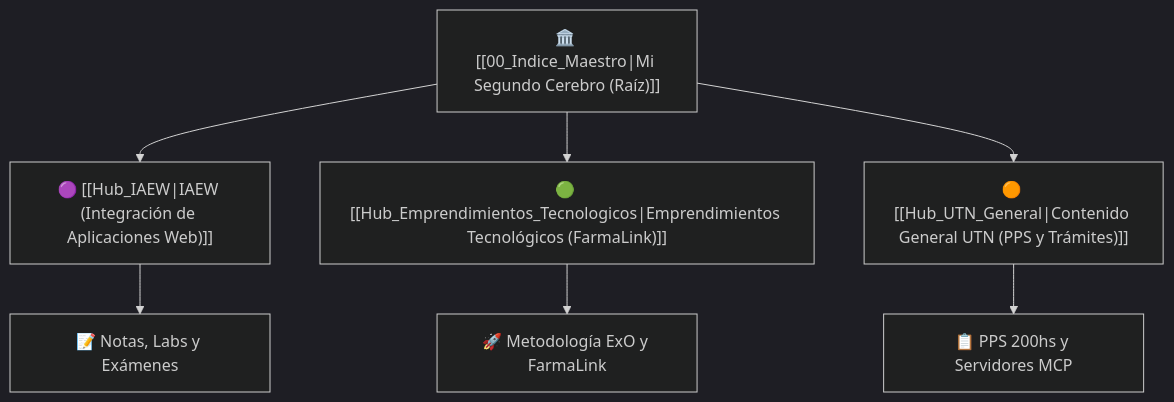
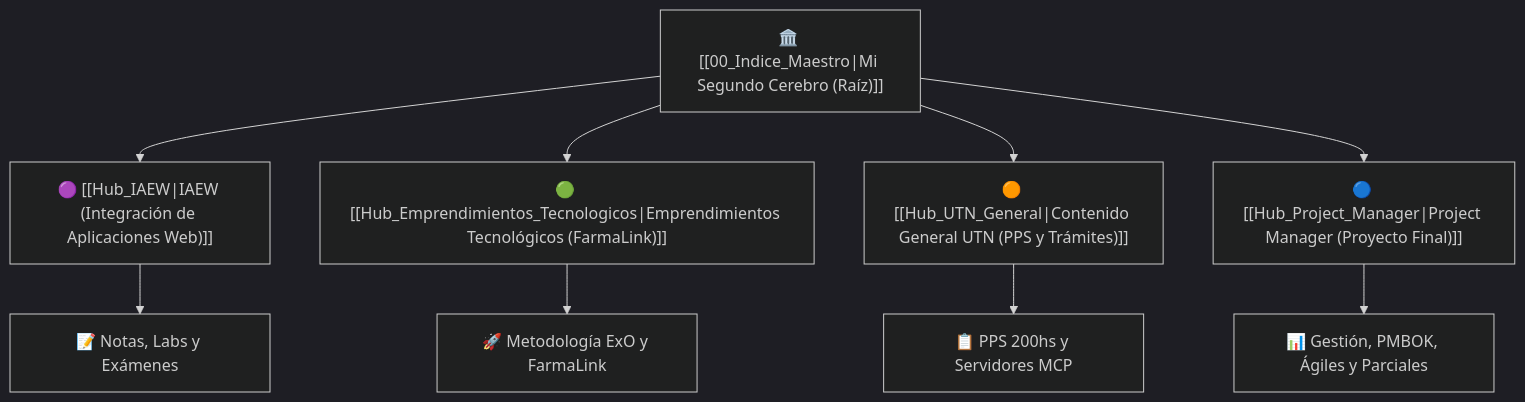
One commit to sciarramartin/obsidian-utn changed the diagram in 00_Indice_Maestro.md. Above: the diagram before and after it, drawn with Mermaid (dark theme). The commit also changed other lines of this file and 17 other files, not shown here.

````diff
--- a/00_Indice_Maestro.md
+++ b/00_Indice_Maestro.md
@@ -11,11 +11,13 @@
 ```mermaid
 graph TD
     Raiz["🏛️ [[00_Indice_Maestro|Mi Segundo Cerebro (Raíz)]]"]
     Raiz --> H_IAEW["🟣 [[Hub_IAEW|IAEW (Integración de Aplicaciones Web)]]"]
     Raiz --> H_ET["🟢 [[Hub_Emprendimientos_Tecnologicos|Emprendimientos Tecnológicos (FarmaLink)]]"]
     Raiz --> H_UTN["🟠 [[Hub_UTN_General|Contenido General UTN (PPS y Trámites)]]"]
+    Raiz --> H_PM["🔵 [[Hub_Project_Manager|Project Manager (Proyecto Final)]]"]
 
     H_IAEW --> IAEW_Notas["📝 Notas, Labs y Exámenes"]
     H_ET --> ET_Notas["🚀 Metodología ExO y FarmaLink"]
     H_UTN --> UTN_Notas["📋 PPS 200hs y Servidores MCP"]
+    H_PM --> PM_Notas["📊 Gestión, PMBOK, Ágiles y Parciales"]
 ```
````
